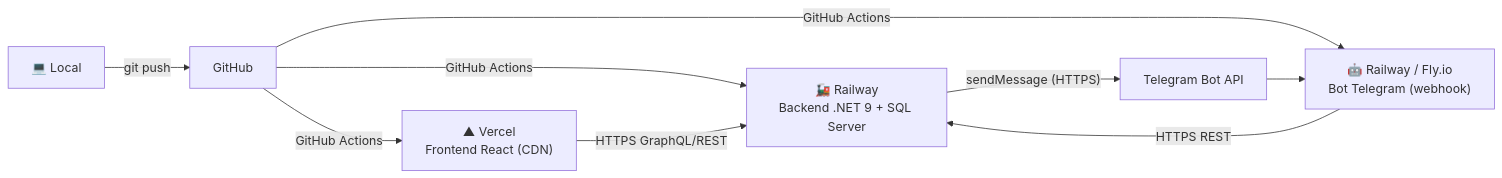
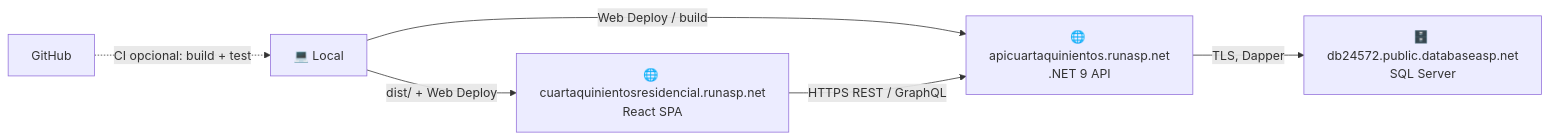
The fourth of 6 diagrams in README.md (LIDR-academy-temp/AI4Devs-finalproject), drawn with Mermaid before and after one commit. The commit also changed other lines of this file and 1167 other files, not shown here.

````diff
--- a/README.md
+++ b/README.md
@@ -611,11 +613,8 @@
 ```mermaid
 graph LR
-    DEV["💻 Local"] -- git push --> GH["GitHub"]
-    GH -- "GitHub Actions" --> RAIL["🚂 Railway<br/>Backend .NET 9 + SQL Server"]
-    GH -- "GitHub Actions" --> VERC["▲ Vercel<br/>Frontend React (CDN)"]
-    GH -- "GitHub Actions" --> BOT_HOST["🤖 Railway / Fly.io<br/>Bot Telegram (webhook)"]
-    VERC -- "HTTPS GraphQL/REST" --> RAIL
-    BOT_HOST -- "HTTPS REST" --> RAIL
-    RAIL -- "sendMessage (HTTPS)" --> TGAPI["Telegram Bot API"]
-    TGAPI --> BOT_HOST
+    DEV["💻 Local"] -- "Web Deploy / build" --> API["🌐 apicuartaquinientos.runasp.net<br/>.NET 9 API"]
+    DEV -- "dist/ + Web Deploy" --> WEB["🌐 cuartaquinientosresidencial.runasp.net<br/>React SPA"]
+    API -- "TLS, Dapper" --> SQL["🗄️ db24572.public.databaseasp.net<br/>SQL Server"]
+    WEB -- "HTTPS REST / GraphQL" --> API
+    GH["GitHub"] -. "CI opcional: build + test" .-> DEV
 ```
````
